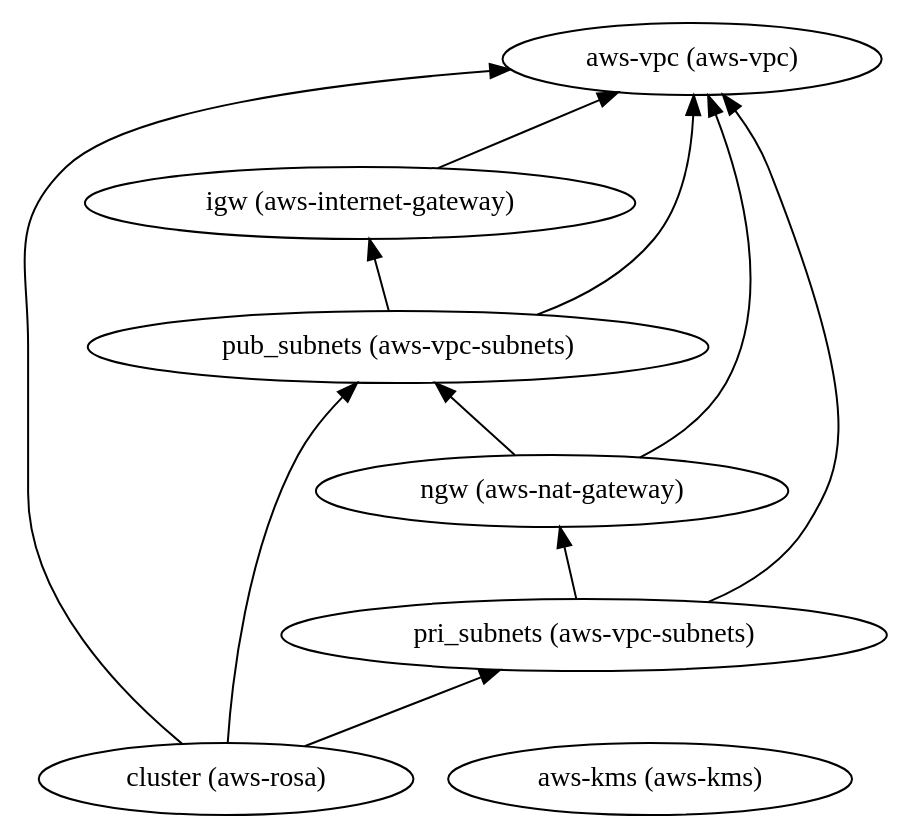
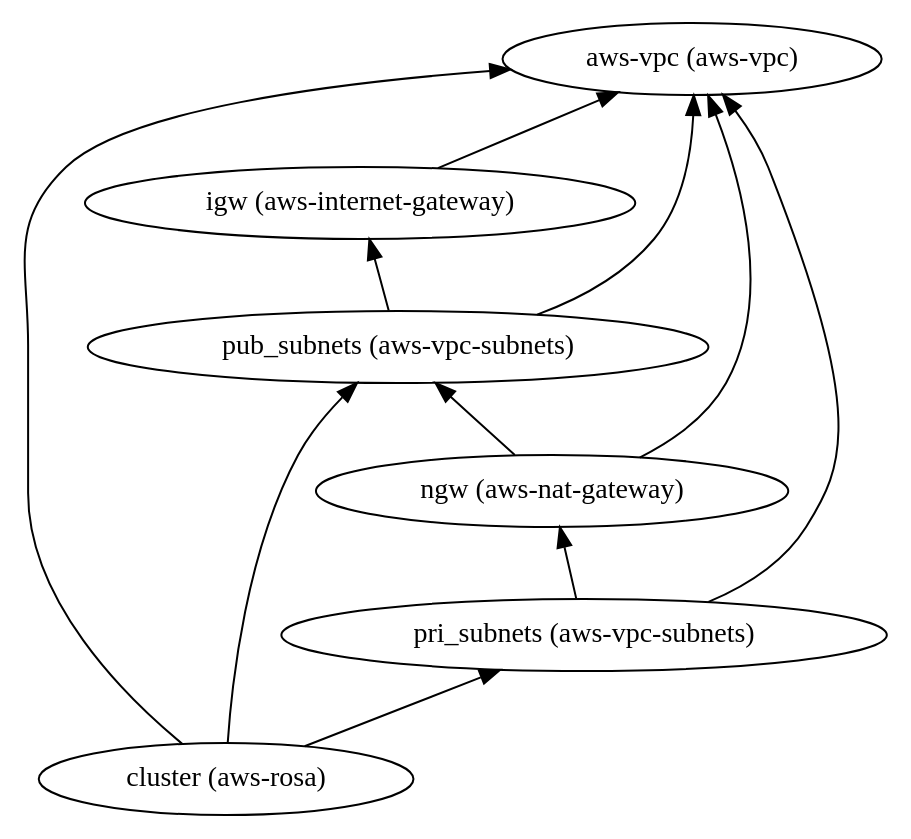
Before and after one commit to IBM/automation-aws-infra-openshift: the diagram in 1-quickstart/105-aws-vpc-openshift/dependencies.dot, drawn with Graphviz. The commit also changed 21 other files, not shown here.

```diff
--- a/1-quickstart/105-aws-vpc-openshift/dependencies.dot
+++ b/1-quickstart/105-aws-vpc-openshift/dependencies.dot
@@ -1,20 +1,19 @@
 digraph {
     rankdir="BT"
     "aws-vpc (aws-vpc)"
 "igw (aws-internet-gateway)" -> "aws-vpc (aws-vpc)"
 "igw (aws-internet-gateway)"
-"aws-kms (aws-kms)"
 "ngw (aws-nat-gateway)" -> "aws-vpc (aws-vpc)"
 "ngw (aws-nat-gateway)" -> "pub_subnets (aws-vpc-subnets)"
 "ngw (aws-nat-gateway)"
 "pub_subnets (aws-vpc-subnets)" -> "aws-vpc (aws-vpc)"
 "pub_subnets (aws-vpc-subnets)" -> "igw (aws-internet-gateway)"
 "pub_subnets (aws-vpc-subnets)"
 "pri_subnets (aws-vpc-subnets)" -> "aws-vpc (aws-vpc)"
 "pri_subnets (aws-vpc-subnets)" -> "ngw (aws-nat-gateway)"
 "pri_subnets (aws-vpc-subnets)"
 "cluster (aws-rosa)" -> "aws-vpc (aws-vpc)"
 "cluster (aws-rosa)" -> "pub_subnets (aws-vpc-subnets)"
 "cluster (aws-rosa)" -> "pri_subnets (aws-vpc-subnets)"
 "cluster (aws-rosa)"
   }
```
